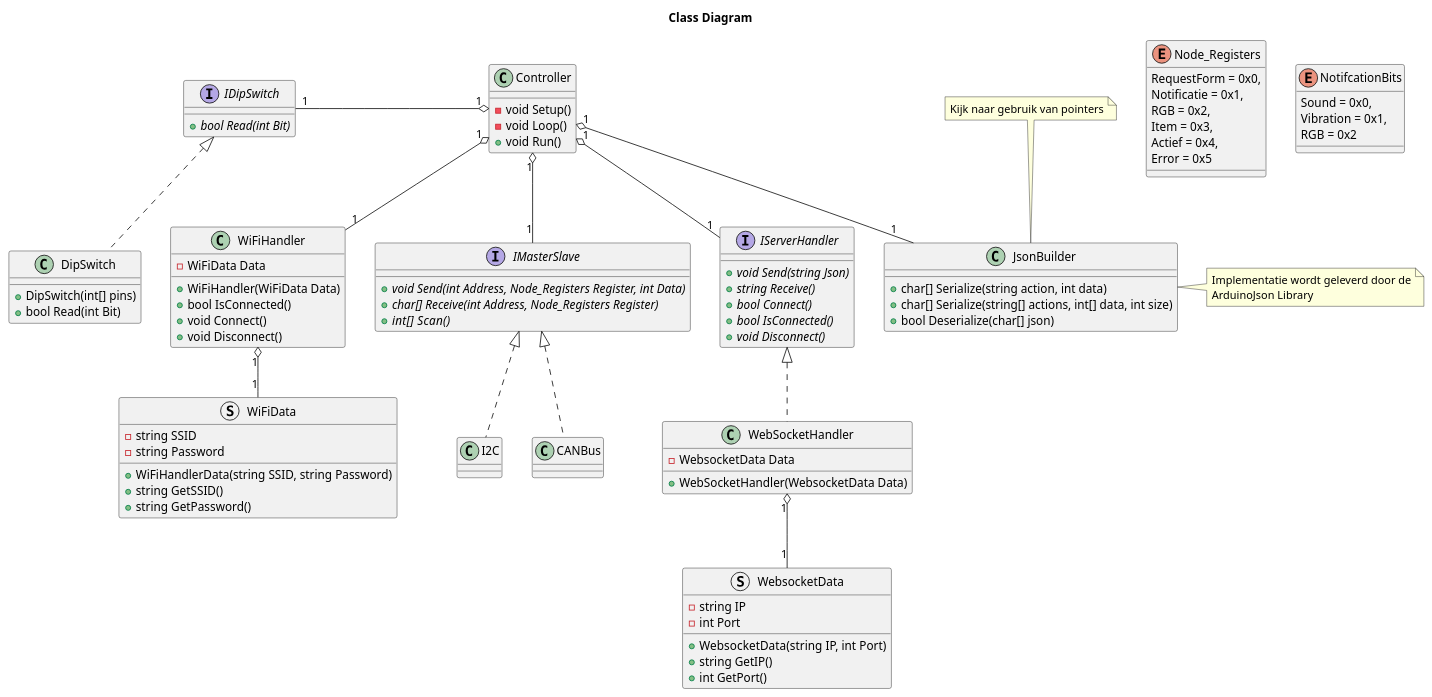
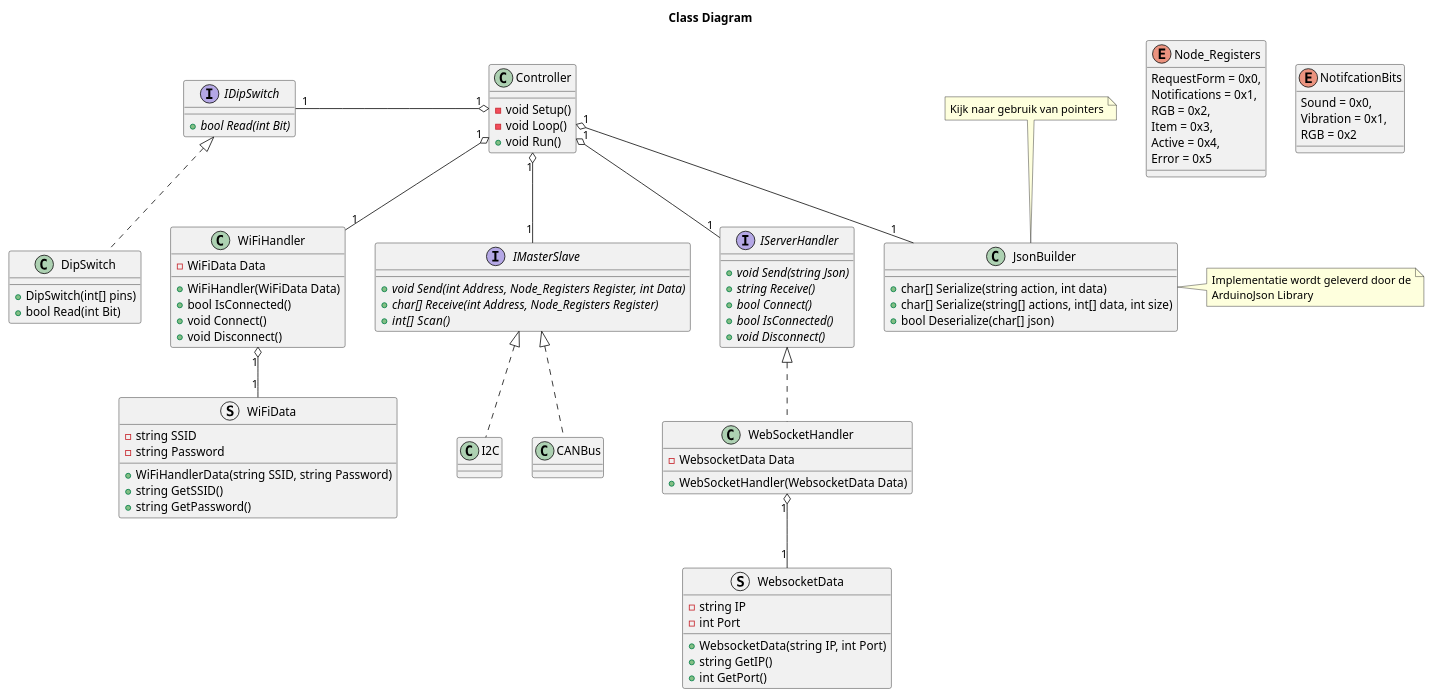
One commit to T3-FindIt/FindIt changed the diagram in Designs/ESP-32/Design.wsd. Above: the diagram before and after it, drawn with PlantUML. The commit also changed 1 other file, not shown here.

```diff
--- a/Designs/ESP-32/Design.wsd
+++ b/Designs/ESP-32/Design.wsd
@@ -1,122 +1,122 @@
 @startuml ClassDiagram
 Title Class Diagram
 
 Class Controller
 {
     {method} - void Setup()
     {method} - void Loop()
     {method} + void Run()
 }
 
 Interface IServerHandler
 {
     {abstract} + void Send(string Json)
     {abstract} + string Receive()
     {abstract} + bool Connect()
     {abstract} + bool IsConnected()
     {abstract} + void Disconnect()
 }
 
 Class WiFiHandler
 {
     {field} - WiFiData Data
     {method} + WiFiHandler(WiFiData Data)
     {method} + bool IsConnected()
     {method} + void Connect()
     {method} + void Disconnect()
 }
 
 Class WebSocketHandler
 {
     {field} - WebsocketData Data
     {method} + WebSocketHandler(WebsocketData Data)
 }
 
 Struct WebsocketData
 {
     {field} - string IP
     {field} - int Port
 
     {method} + WebsocketData(string IP, int Port)
     {method} + string GetIP()
     {method} + int GetPort()
 }
 
 Struct WiFiData
 {
     {field} - string SSID
     {field} - string Password
 
     {method} + WiFiHandlerData(string SSID, string Password)
     {method} + string GetSSID()
     {method} + string GetPassword()
 }
 
 Interface IDipSwitch
 {
     {abstract} + bool Read(int Bit)
 }
 
 class DipSwitch
 {
     {method} + DipSwitch(int[] pins)
     {method} + bool Read(int Bit)
 }
 
 
 Interface IMasterSlave
 {
     {abstract} + void Send(int Address, Node_Registers Register, int Data)
     {abstract} + char[] Receive(int Address, Node_Registers Register)
     {abstract} + int[]  Scan()
 }
 
 enum Node_Registers
 {
     RequestForm = 0x0,
-    Notificatie = 0x1,
+    Notifications = 0x1,
     RGB = 0x2,
     Item = 0x3,
-    Actief = 0x4,
+    Active = 0x4,
     Error = 0x5
 }
 
 enum NotifcationBits 
 {
     Sound = 0x0,
     Vibration = 0x1,
     RGB = 0x2
 }
 
 
 Class JsonBuilder
 {
     {method} + char[] Serialize(string action, int data)
     {method} + char[] Serialize(string[] actions, int[] data, int size)
     {method} + bool Deserialize(char[] json)
 }
 
 note right of JsonBuilder : Implementatie wordt geleverd door de\nArduinoJson Library
 note top of JsonBuilder : Kijk naar gebruik van pointers
 
 ' EMPTY CLASSES
 Class CANBus
 Class I2C
 ' END OF EMPYY CLASSES 
 
 IMasterSlave <|.. I2C
 IMasterSlave <|.. CANBus
 IDipSwitch <|.. DipSwitch
 IServerHandler <|.. WebSocketHandler
 
 Controller "1" o-- "1" WiFiHandler
 Controller "1" o-- "1" IMasterSlave
 Controller "1" o-- "1" JsonBuilder
 Controller "1" o-left- "1" IDipSwitch
 Controller "1" o-- "1" IServerHandler
 
 WiFiHandler "1" o-- "1" WiFiData
 WebSocketHandler "1" o-- "1" WebsocketData
 
 
 @enduml
```
